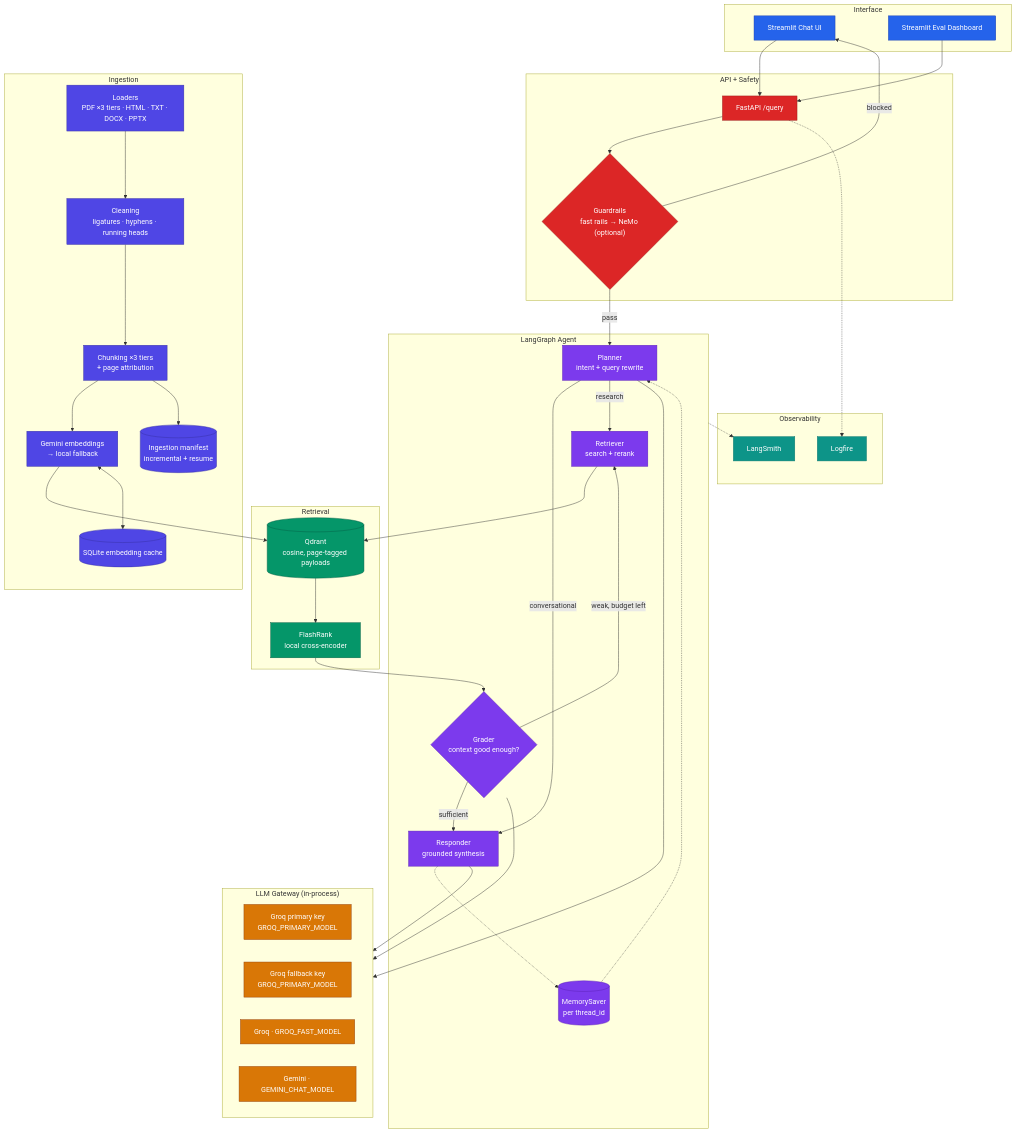
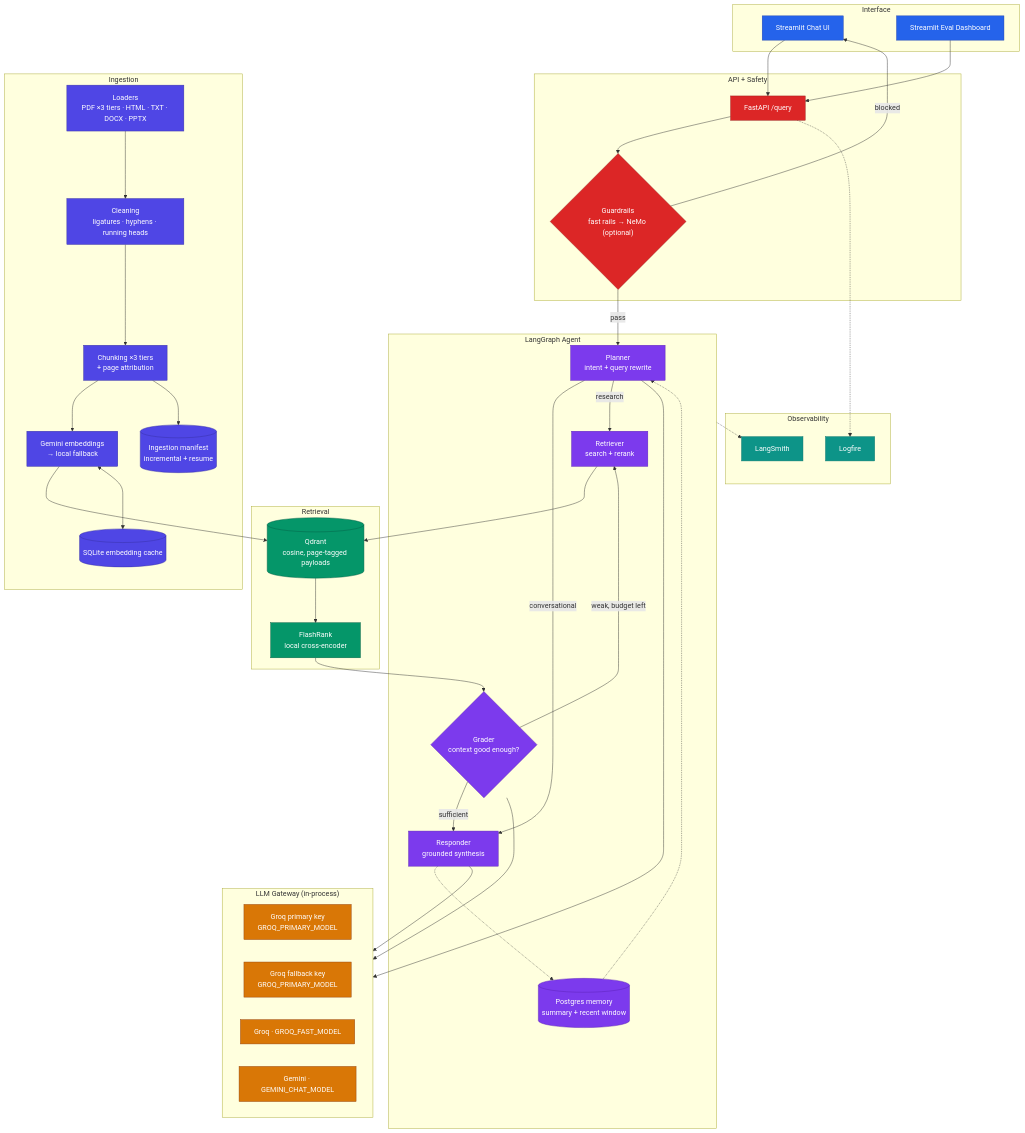
The diagram in README.md (lomash-choudhary/Final-Year-Project), drawn with Mermaid before and after one commit. The commit also changed 32 other files, not shown here.

```diff
--- a/README.md
+++ b/README.md
@@ -46,7 +46,7 @@
         RT["Retriever<br/>search + rerank"]
         GD{"Grader<br/>context good enough?"}
         RS["Responder<br/>grounded synthesis"]
-        MEM[("MemorySaver<br/>per thread_id")]
+        MEM[("Postgres memory<br/>summary + recent window")]
     end
 
     subgraph RETRIEVAL ["Retrieval"]
```
